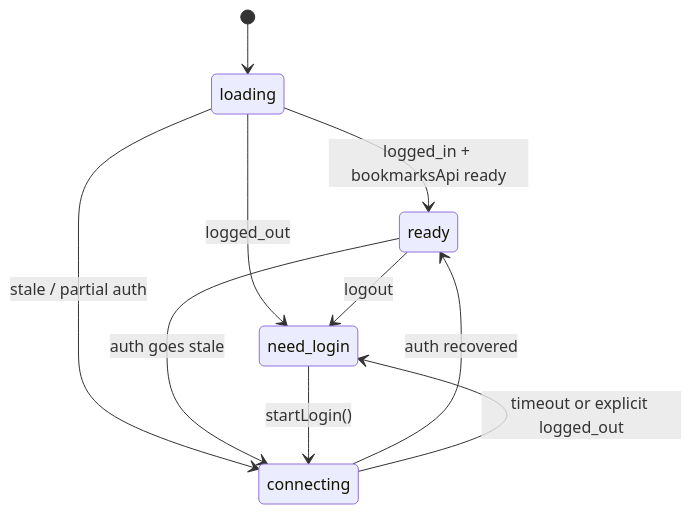
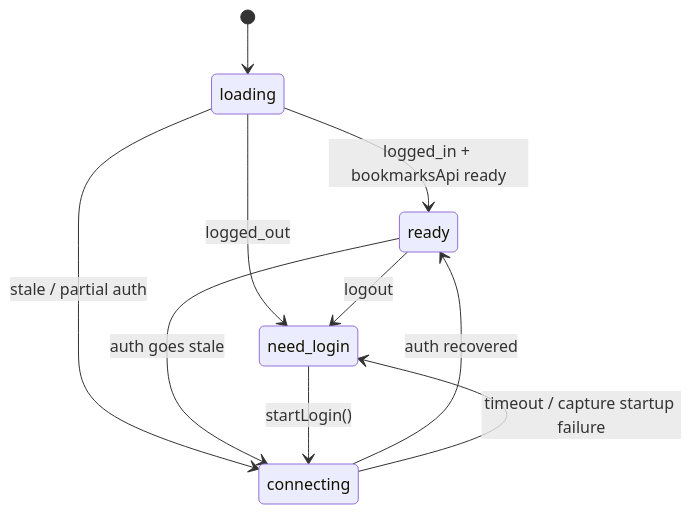
The fifth of 16 diagrams in ARCHITECTURE.md (nnnkit/totem), drawn with Mermaid before and after one commit. The commit also changed other lines of this file and 36 other files, not shown here.

````diff
--- a/ARCHITECTURE.md
+++ b/ARCHITECTURE.md
@@ -214,12 +214,12 @@
 ```mermaid
 stateDiagram-v2
   [*] --> loading
   loading --> ready: logged_in + bookmarksApi ready
   loading --> connecting: stale / partial auth
   loading --> need_login: logged_out
   connecting --> ready: auth recovered
-  connecting --> need_login: timeout or explicit logged_out
+  connecting --> need_login: timeout / capture startup failure
   ready --> need_login: logout
   ready --> connecting: auth goes stale
   need_login --> connecting: startLogin()
 ```
````
